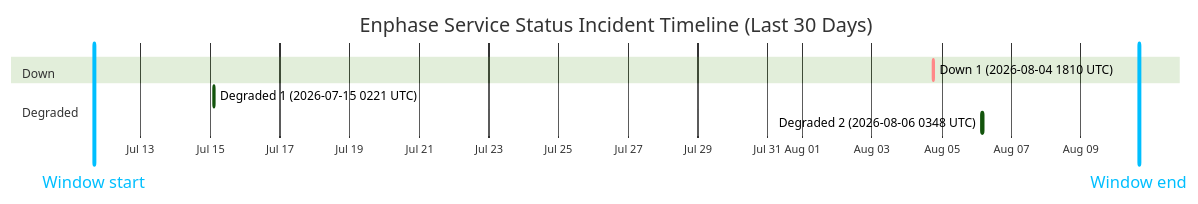
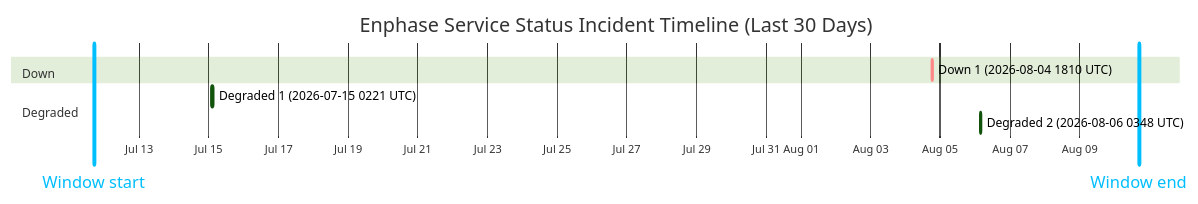
The diagram in wiki/Service-Status-History.md (barneyonline/ha-enphase-energy), drawn with Mermaid (forest theme) before and after one commit. The commit also changed other lines of this file and 3 other files, not shown here.

````diff
--- a/wiki/Service-Status-History.md
+++ b/wiki/Service-Status-History.md
@@ -14,13 +14,13 @@
 ```mermaid
 gantt
     title Enphase Service Status Incident Timeline (Last 30 Days)
     dateFormat  YYYY-MM-DDTHH:mm:ss
     axisFormat  %b %d
-    Window start :vert, window-start, 2026-07-11T15:58:11, 0ms
-    Window end :vert, window-end, 2026-08-10T15:58:11, 0ms
+    Window start :vert, window-start, 2026-07-11T16:59:24, 0ms
+    Window end :vert, window-end, 2026-08-10T16:59:24, 0ms
     section Down
     Down 1 (2026-08-04 1810 UTC) :crit, down-1, 2026-08-04T18:10:46, 60m
     section Degraded
     Degraded 1 (2026-07-15 0221 UTC) :active, degraded-1, 2026-07-15T02:21:35, 60m
     Degraded 2 (2026-08-06 0348 UTC) :active, degraded-2, 2026-08-06T03:48:14, 60m
 ```
````
